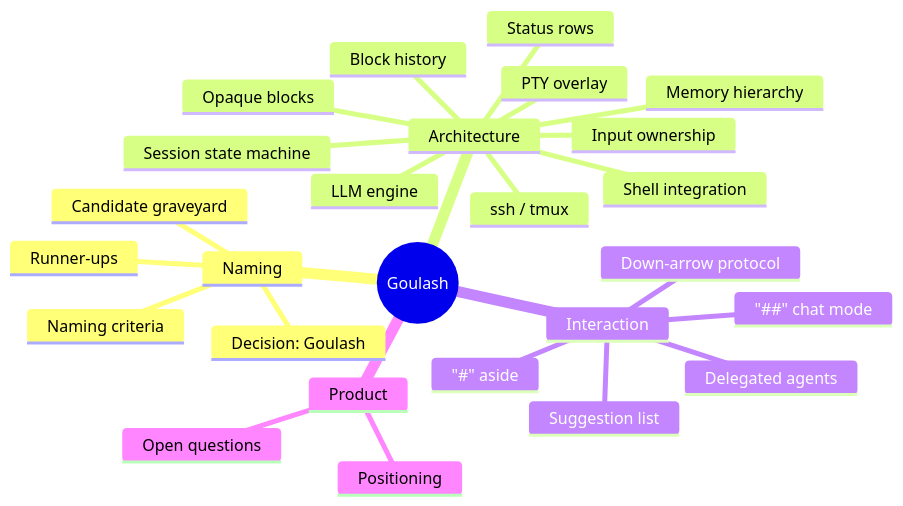
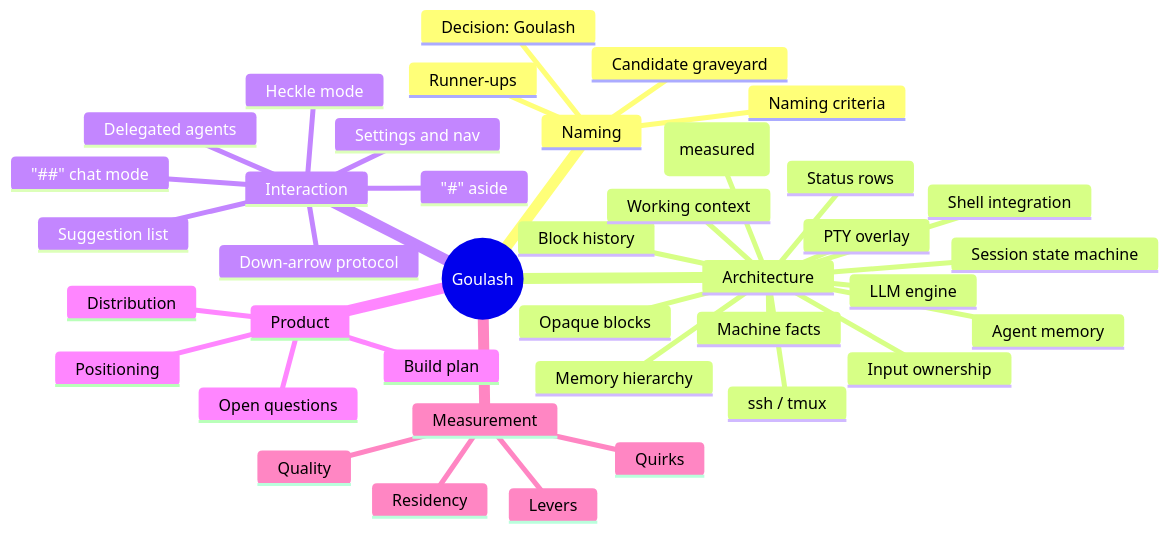
The diagram in wiki/home.md (chaboud/goulash), drawn with Mermaid before and after one commit. The commit also changed other lines of this file and 16 other files, not shown here.

````diff
--- a/wiki/home.md
+++ b/wiki/home.md
@@ -16,29 +27,42 @@
 ```mermaid
 mindmap
   root((Goulash))
     Naming
       Decision: Goulash
       Runner-ups
       Candidate graveyard
       Naming criteria
     Architecture
       PTY overlay
       Input ownership
       Session state machine
       Shell integration
       Block history
       Memory hierarchy
       LLM engine
+      Levers (measured)
+      Machine facts
+      Working context
+      Agent memory
       Status rows
       Opaque blocks
       ssh / tmux
     Interaction
       "#" aside
       "##" chat mode
       Suggestion list
       Down-arrow protocol
+      Settings and nav
+      Heckle mode
       Delegated agents
     Product
       Positioning
+      Build plan
+      Distribution
       Open questions
+    Measurement
+      Levers
+      Quality
+      Quirks
+      Residency
 ```
````
